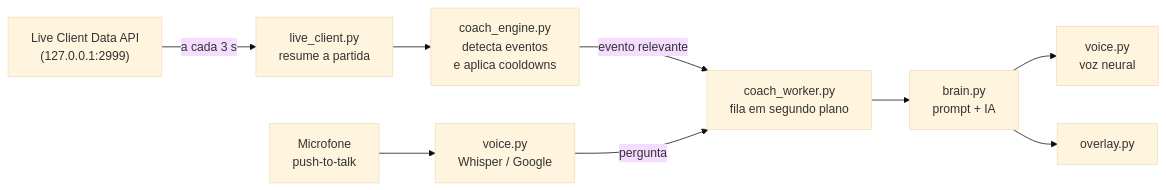
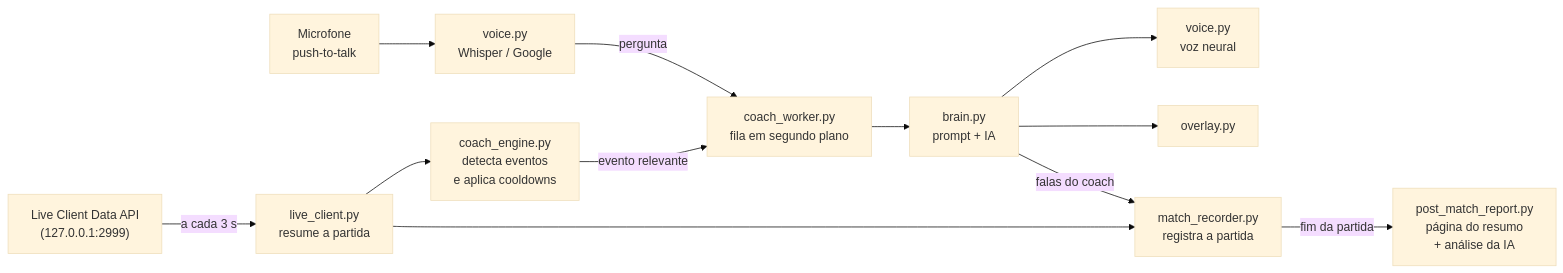
Before and after one commit to guhttps/lol-ai-coach: the diagram in README.md, drawn with Mermaid (base theme). The commit also changed other lines of this file and 5 other files, not shown here.

First line of the commit message:
Document the post-match report for 3.3.0

````diff
--- a/README.md
+++ b/README.md
@@ -146,11 +169,14 @@
 ```mermaid
 flowchart LR
     LoL["Live Client Data API<br/>(127.0.0.1:2999)"] -->|a cada 3 s| LC["live_client.py<br/>resume a partida"]
     LC --> CE["coach_engine.py<br/>detecta eventos<br/>e aplica cooldowns"]
     CE -->|evento relevante| W["coach_worker.py<br/>fila em segundo plano"]
     MIC["Microfone<br/>push-to-talk"] --> STT["voice.py<br/>Whisper / Google"]
     STT -->|pergunta| W
     W --> B["brain.py<br/>prompt + IA"]
     B --> TTS["voice.py<br/>voz neural"]
     B --> OV["overlay.py"]
+    LC --> MR["match_recorder.py<br/>registra a partida"]
+    B -->|falas do coach| MR
+    MR -->|fim da partida| PR["post_match_report.py<br/>página do resumo<br/>+ análise da IA"]
 ```
````
